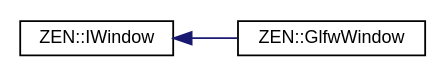
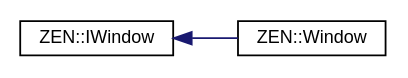
The diagram in inherit_graph_2.dot (markhj/zeronetics), drawn with Graphviz before and after one commit. The commit also changed 21 other files, not shown here.

```diff
--- a/inherit_graph_2.dot
+++ b/inherit_graph_2.dot
@@ -1,10 +1,10 @@
 digraph "Graphical Class Hierarchy"
 {
  // LATEX_PDF_SIZE
   edge [fontname="Helvetica",fontsize="10",labelfontname="Helvetica",labelfontsize="10"];
   node [fontname="Helvetica",fontsize="10",shape=record];
   rankdir="LR";
   Node0 [label="ZEN::IWindow",height=0.2,width=0.4,color="black", fillcolor="white", style="filled",URL="$classZEN_1_1IWindow.html",tooltip=" "];
   Node0 -> Node1 [dir="back",color="midnightblue",fontsize="10",style="solid",fontname="Helvetica"];
-  Node1 [label="ZEN::GlfwWindow",height=0.2,width=0.4,color="black", fillcolor="white", style="filled",URL="$classZEN_1_1GlfwWindow.html",tooltip=" "];
+  Node1 [label="ZEN::Window",height=0.2,width=0.4,color="black", fillcolor="white", style="filled",URL="$classZEN_1_1Window.html",tooltip=" "];
 }
```
